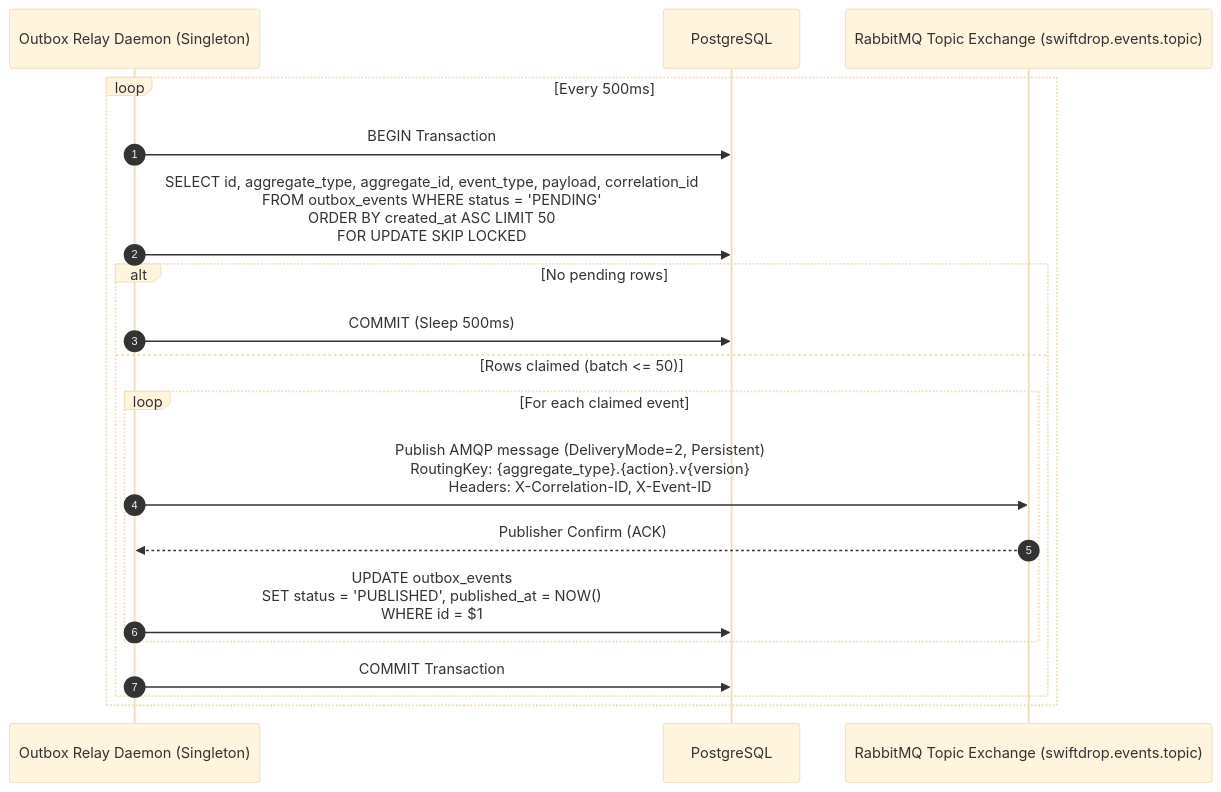
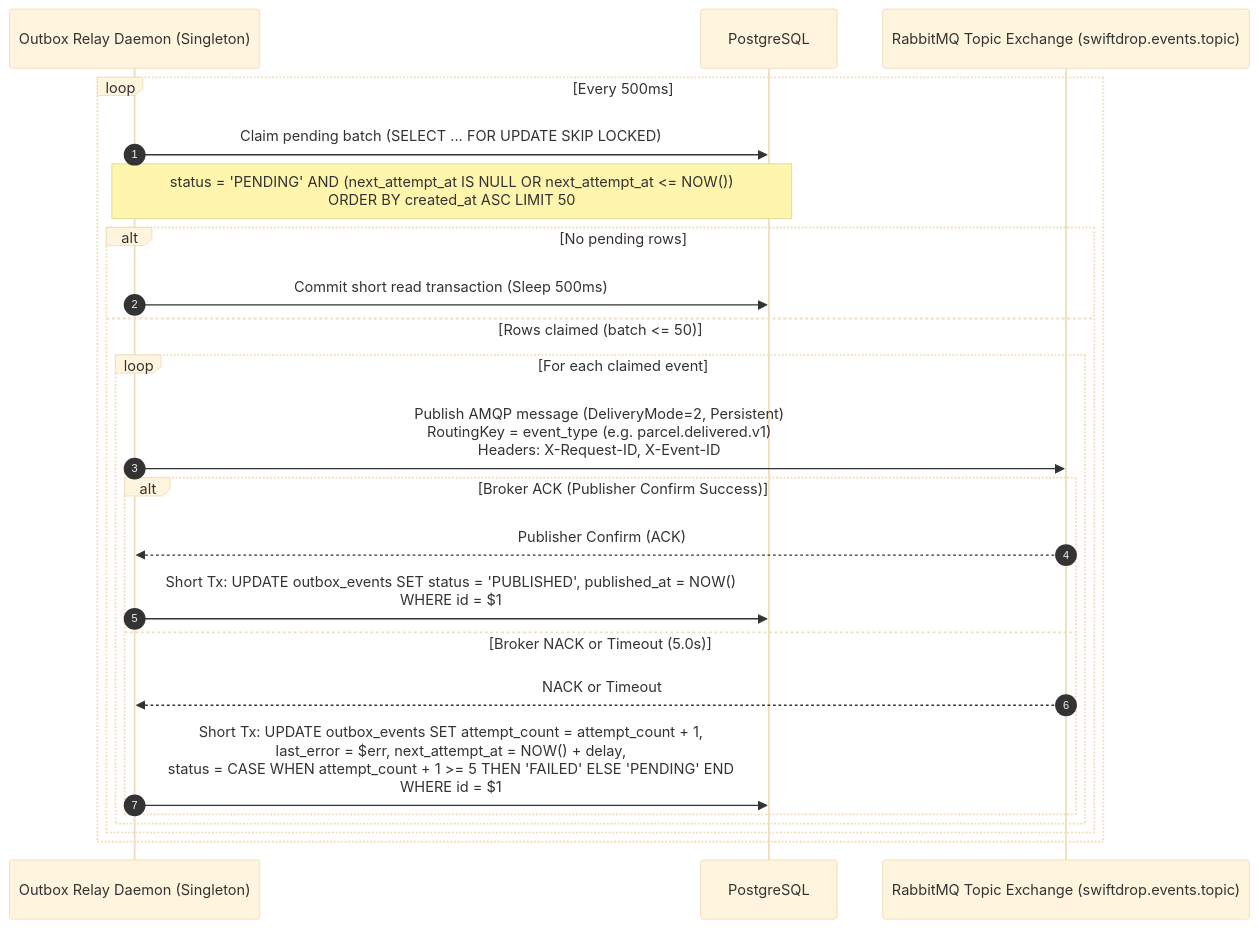
The fourth of 8 diagrams in docs/drafts/member-08-events-messaging/doc-02-functional-flows-and-business-rules.md (phantomTroupeEAD/SwiftDrop), drawn with Mermaid (base theme) before and after one commit. The commit also changed other lines of this file and 13 other files, not shown here.

````diff
--- a/docs/drafts/member-08-events-messaging/doc-02-functional-flows-and-business-rules.md
+++ b/docs/drafts/member-08-events-messaging/doc-02-functional-flows-and-business-rules.md
@@ -134,23 +139,28 @@
 ```mermaid
 sequenceDiagram
     autonumber
     participant Relay as Outbox Relay Daemon (Singleton)
     participant DB as PostgreSQL
     participant Broker as RabbitMQ Topic Exchange (swiftdrop.events.topic)
 
     loop Every 500ms
-        Relay->>DB: BEGIN Transaction
-        Relay->>DB: SELECT id, aggregate_type, aggregate_id, event_type, payload, correlation_id<br/>FROM outbox_events WHERE status = 'PENDING'<br/>ORDER BY created_at ASC LIMIT 50<br/>FOR UPDATE SKIP LOCKED;
+        Relay->>DB: Claim pending batch (SELECT ... FOR UPDATE SKIP LOCKED)
+        Note over Relay,DB: status = 'PENDING' AND (next_attempt_at IS NULL OR next_attempt_at <= NOW())<br/>ORDER BY created_at ASC LIMIT 50
         
         alt No pending rows
-            Relay->>DB: COMMIT (Sleep 500ms)
+            Relay->>DB: Commit short read transaction (Sleep 500ms)
         else Rows claimed (batch <= 50)
             loop For each claimed event
-                Relay->>Broker: Publish AMQP message (DeliveryMode=2, Persistent)<br/>RoutingKey: {aggregate_type}.{action}.v{version}<br/>Headers: X-Correlation-ID, X-Event-ID
-                Broker-->>Relay: Publisher Confirm (ACK)
-                Relay->>DB: UPDATE outbox_events<br/>SET status = 'PUBLISHED', published_at = NOW()<br/>WHERE id = $1
+                Relay->>Broker: Publish AMQP message (DeliveryMode=2, Persistent)<br/>RoutingKey = event_type (e.g. parcel.delivered.v1)<br/>Headers: X-Request-ID, X-Event-ID
+                
+                alt Broker ACK (Publisher Confirm Success)
+                    Broker-->>Relay: Publisher Confirm (ACK)
+                    Relay->>DB: Short Tx: UPDATE outbox_events SET status = 'PUBLISHED', published_at = NOW()<br/>WHERE id = $1
+                else Broker NACK or Timeout (5.0s)
+                    Broker-->>Relay: NACK or Timeout
+                    Relay->>DB: Short Tx: UPDATE outbox_events SET attempt_count = attempt_count + 1,<br/>last_error = $err, next_attempt_at = NOW() + delay,<br/>status = CASE WHEN attempt_count + 1 >= 5 THEN 'FAILED' ELSE 'PENDING' END<br/>WHERE id = $1
+                end
             end
-            Relay->>DB: COMMIT Transaction
         end
     end
 ```
````
